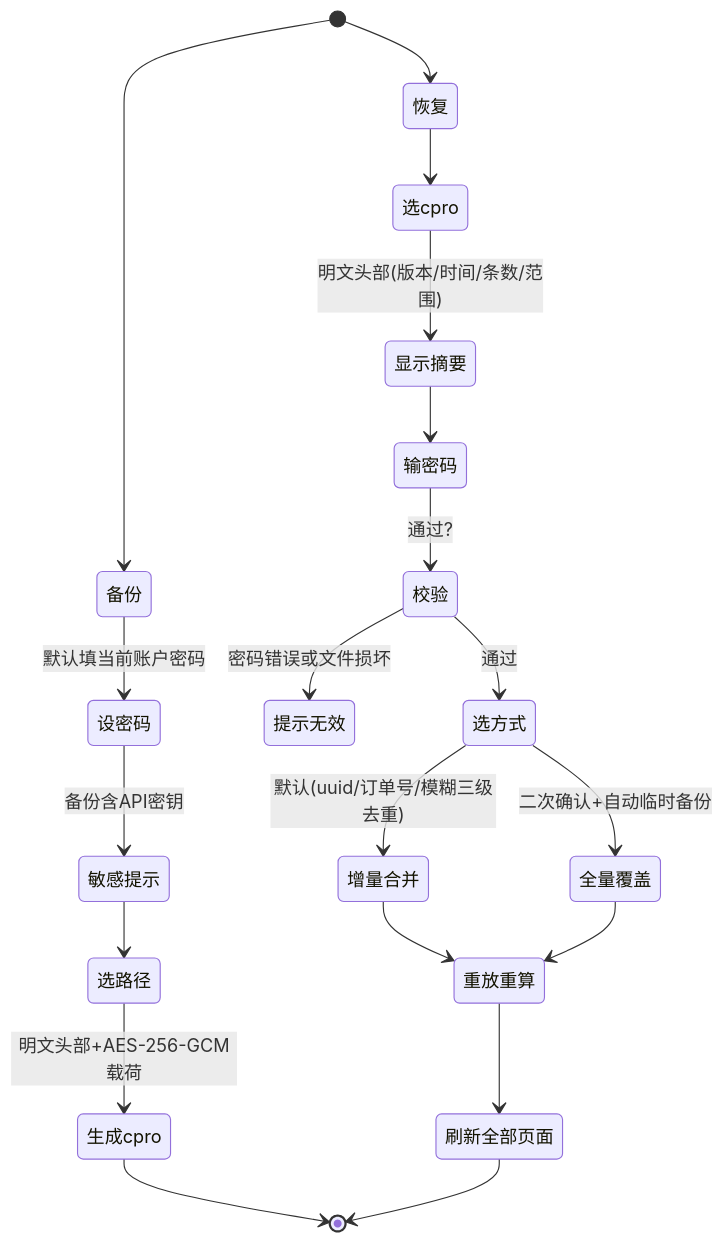
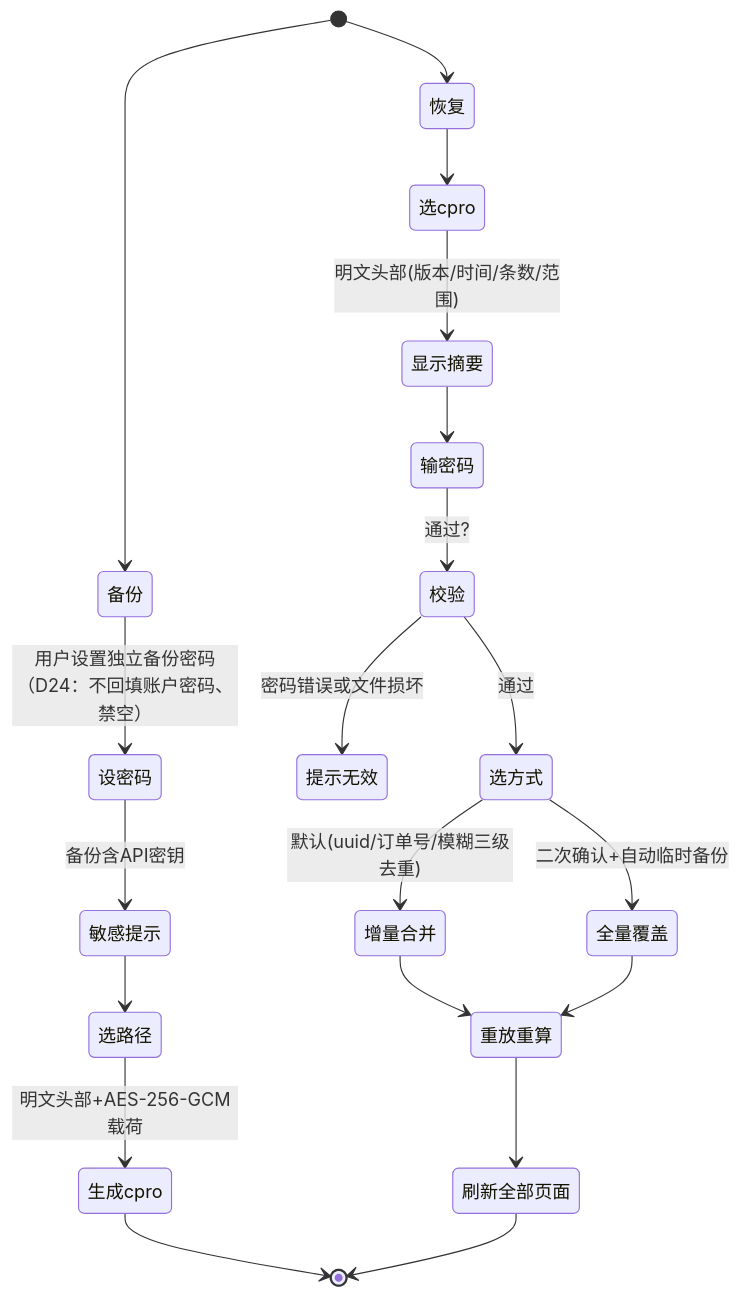
Before and after one commit to mapleafly/wuzhufolio: the seventh of 8 diagrams in docs/design/flows.md, drawn with Mermaid. The commit also changed other lines of this file and 9 other files, not shown here.

Commit message:
docs(M9): 模块记录 M9.md + 人工「m9通过」关闭 + D24 决策档（备份密码独立设置：不回填账户密码/禁空，人工裁决）——台账登记（有效需求版本串 = PRD V1.9 + Δ{D21,D24}）/决策索引/STATUS 已决策事项 24；下游回写五处（flows §6/ADR-005 修订/原型两处文案/task-breakdown T9.4/api-contracts §3 M9 补录）；430 执行 0 失败 + detekt 0 + GUI 冒烟 schema=12

````diff
--- a/docs/design/flows.md
+++ b/docs/design/flows.md
@@ -169,22 +169,22 @@
 ```mermaid
 stateDiagram-v2
   [*] --> 备份
-  备份 --> 设密码: 默认填当前账户密码
+  备份 --> 设密码: 用户设置独立备份密码（D24：不回填账户密码、禁空）
   设密码 --> 敏感提示: 备份含API密钥
   敏感提示 --> 选路径
   选路径 --> 生成cpro: 明文头部+AES-256-GCM载荷
   生成cpro --> [*]
   [*] --> 恢复
   恢复 --> 选cpro
   选cpro --> 显示摘要: 明文头部(版本/时间/条数/范围)
   显示摘要 --> 输密码
   输密码 --> 校验: 通过?
   校验 --> 提示无效: 密码错误或文件损坏
   校验 --> 选方式: 通过
   选方式 --> 增量合并: 默认(uuid/订单号/模糊三级去重)
   选方式 --> 全量覆盖: 二次确认+自动临时备份
   增量合并 --> 重放重算
   全量覆盖 --> 重放重算
   重放重算 --> 刷新全部页面
   刷新全部页面 --> [*]
 ```
````
